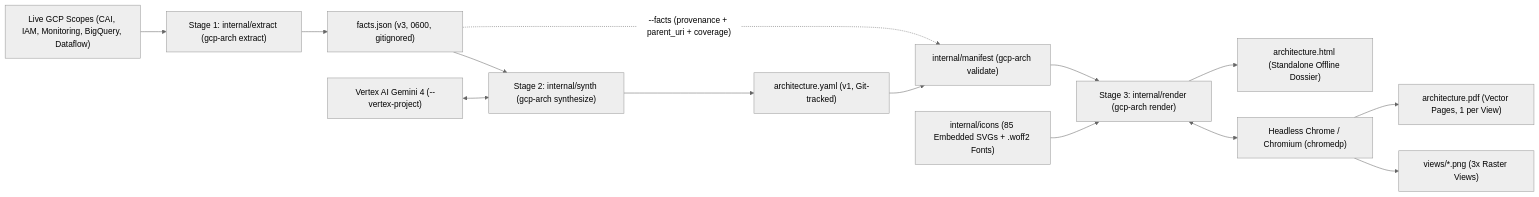
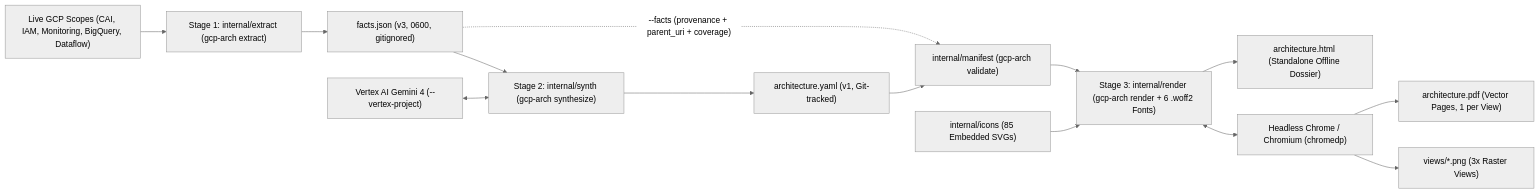
One commit to arrase/gcp-arch changed the diagram in docs/designs/semantic-multi-view-pipeline.md. Above: the diagram before and after it, drawn with Mermaid (neutral theme). The commit also changed other lines of this file and 11 other files, not shown here.

````diff
--- a/docs/designs/semantic-multi-view-pipeline.md
+++ b/docs/designs/semantic-multi-view-pipeline.md
@@ -83,16 +83,16 @@
 ```mermaid
 flowchart LR
     GCP["Live GCP Scopes (CAI, IAM, Monitoring, BigQuery, Dataflow)"] --> Extract["Stage 1: internal/extract (gcp-arch extract)"]
     Extract --> Facts["facts.json (v3, 0600, gitignored)"]
     Facts --> Synth["Stage 2: internal/synth (gcp-arch synthesize)"]
     Vertex["Vertex AI Gemini 4 (--vertex-project)"] <--> Synth
     Synth --> Manifest["architecture.yaml (v1, Git-tracked)"]
     Facts -. "--facts (provenance + parent_uri + coverage)" .-> Validate["internal/manifest (gcp-arch validate)"]
     Manifest --> Validate
-    Validate --> Render["Stage 3: internal/render (gcp-arch render)"]
-    Icons["internal/icons (85 Embedded SVGs + .woff2 Fonts)"] --> Render
+    Validate --> Render["Stage 3: internal/render (gcp-arch render + 6 .woff2 Fonts)"]
+    Icons["internal/icons (85 Embedded SVGs)"] --> Render
     Render --> HTML["architecture.html (Standalone Offline Dossier)"]
     Render <--> CDP["Headless Chrome / Chromium (chromedp)"]
     CDP --> PDF["architecture.pdf (Vector Pages, 1 per View)"]
     CDP --> PNG["views/*.png (3x Raster Views)"]
 ```
````
